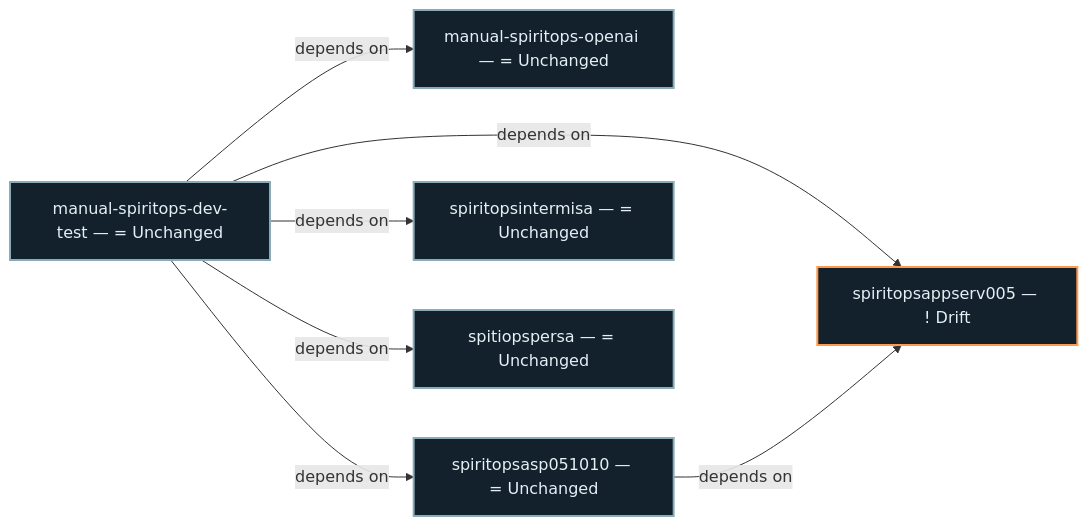
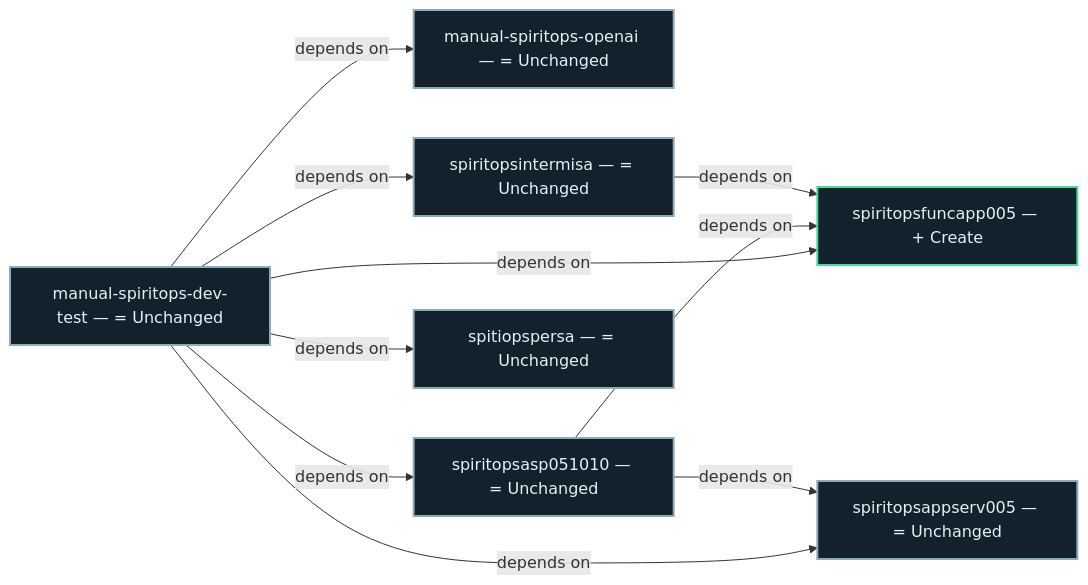
The diagram in .spiritops/architecture/current/graph.mmd (jeffy555/trainer), drawn with Mermaid before and after one commit. The commit also changed 12 other files, not shown here.

```diff
--- a/.spiritops/architecture/current/graph.mmd
+++ b/.spiritops/architecture/current/graph.mmd
@@ -1,19 +1,24 @@
 flowchart LR
   n1aa9f996867e10794bd2b5a1f2275eb432aa3a4db42c404cdebfda587b0256b3["manual-spiritops-openai — #61; Unchanged"]
   style n1aa9f996867e10794bd2b5a1f2275eb432aa3a4db42c404cdebfda587b0256b3 fill:#12212b,color:#e5f0f6,stroke:#8cabb9,stroke-width:2px
-  n8e04e6d34a51908ca4b2ae6edcc641e2a70247b9d5101fc6a3b7574c93f6564e["spiritopsappserv005 — #33; Drift"]
-  style n8e04e6d34a51908ca4b2ae6edcc641e2a70247b9d5101fc6a3b7574c93f6564e fill:#12212b,color:#e5f0f6,stroke:#ff9a4c,stroke-width:2px
+  n10530d51504cd49f03a7cbe387ef4d150e1d94ff11acc6a0b7c0211cd01231c7["spiritopsfuncapp005 — #43; Create"]
+  style n10530d51504cd49f03a7cbe387ef4d150e1d94ff11acc6a0b7c0211cd01231c7 fill:#12212b,color:#e5f0f6,stroke:#45d99b,stroke-width:2px
+  n8e04e6d34a51908ca4b2ae6edcc641e2a70247b9d5101fc6a3b7574c93f6564e["spiritopsappserv005 — #61; Unchanged"]
+  style n8e04e6d34a51908ca4b2ae6edcc641e2a70247b9d5101fc6a3b7574c93f6564e fill:#12212b,color:#e5f0f6,stroke:#8cabb9,stroke-width:2px
   n762d54d5e87c26e298ce643b383efc403b4346c891c587d0daa9444031c4ce6e["manual-spiritops-dev-test — #61; Unchanged"]
   style n762d54d5e87c26e298ce643b383efc403b4346c891c587d0daa9444031c4ce6e fill:#12212b,color:#e5f0f6,stroke:#8cabb9,stroke-width:2px
   n2a20be5e1e1cbea10bfd76484e82596dba6ac7b5819158bd99ab027bd4d50692["spiritopsasp051010 — #61; Unchanged"]
   style n2a20be5e1e1cbea10bfd76484e82596dba6ac7b5819158bd99ab027bd4d50692 fill:#12212b,color:#e5f0f6,stroke:#8cabb9,stroke-width:2px
   ned6471c8e21752241dfd57f74e15eebbde7c642bd0bb4ce5e98cc8ae96e3c8fa["spiritopsintermisa — #61; Unchanged"]
   style ned6471c8e21752241dfd57f74e15eebbde7c642bd0bb4ce5e98cc8ae96e3c8fa fill:#12212b,color:#e5f0f6,stroke:#8cabb9,stroke-width:2px
   n70deea79ecff8272da901319ddd7fdcd91f10f951aa46cc4598df86b5d585375["spitiopspersa — #61; Unchanged"]
   style n70deea79ecff8272da901319ddd7fdcd91f10f951aa46cc4598df86b5d585375 fill:#12212b,color:#e5f0f6,stroke:#8cabb9,stroke-width:2px
   n762d54d5e87c26e298ce643b383efc403b4346c891c587d0daa9444031c4ce6e -->|"depends on"| n1aa9f996867e10794bd2b5a1f2275eb432aa3a4db42c404cdebfda587b0256b3
+  n762d54d5e87c26e298ce643b383efc403b4346c891c587d0daa9444031c4ce6e -->|"depends on"| n10530d51504cd49f03a7cbe387ef4d150e1d94ff11acc6a0b7c0211cd01231c7
   n762d54d5e87c26e298ce643b383efc403b4346c891c587d0daa9444031c4ce6e -->|"depends on"| n8e04e6d34a51908ca4b2ae6edcc641e2a70247b9d5101fc6a3b7574c93f6564e
   n762d54d5e87c26e298ce643b383efc403b4346c891c587d0daa9444031c4ce6e -->|"depends on"| n2a20be5e1e1cbea10bfd76484e82596dba6ac7b5819158bd99ab027bd4d50692
   n762d54d5e87c26e298ce643b383efc403b4346c891c587d0daa9444031c4ce6e -->|"depends on"| ned6471c8e21752241dfd57f74e15eebbde7c642bd0bb4ce5e98cc8ae96e3c8fa
   n762d54d5e87c26e298ce643b383efc403b4346c891c587d0daa9444031c4ce6e -->|"depends on"| n70deea79ecff8272da901319ddd7fdcd91f10f951aa46cc4598df86b5d585375
+  n2a20be5e1e1cbea10bfd76484e82596dba6ac7b5819158bd99ab027bd4d50692 -->|"depends on"| n10530d51504cd49f03a7cbe387ef4d150e1d94ff11acc6a0b7c0211cd01231c7
   n2a20be5e1e1cbea10bfd76484e82596dba6ac7b5819158bd99ab027bd4d50692 -->|"depends on"| n8e04e6d34a51908ca4b2ae6edcc641e2a70247b9d5101fc6a3b7574c93f6564e
+  ned6471c8e21752241dfd57f74e15eebbde7c642bd0bb4ce5e98cc8ae96e3c8fa -->|"depends on"| n10530d51504cd49f03a7cbe387ef4d150e1d94ff11acc6a0b7c0211cd01231c7
```
